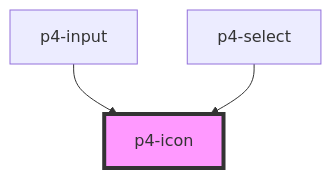
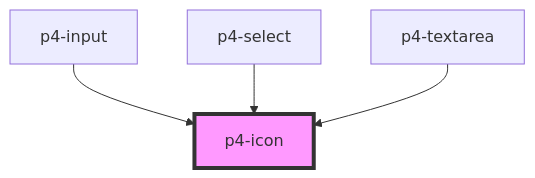
Before and after one commit to goatui/components: the diagram in src/components/p4-icon/readme.md, drawn with Mermaid. The commit also changed other lines of this file and 8 other files, not shown here.

````diff
--- a/src/components/p4-icon/readme.md
+++ b/src/components/p4-icon/readme.md
@@ -25,6 +26,7 @@
 ```mermaid
 graph TD;
   p4-input --> p4-icon
   p4-select --> p4-icon
+  p4-textarea --> p4-icon
   style p4-icon fill:#f9f,stroke:#333,stroke-width:4px
 ```
````
